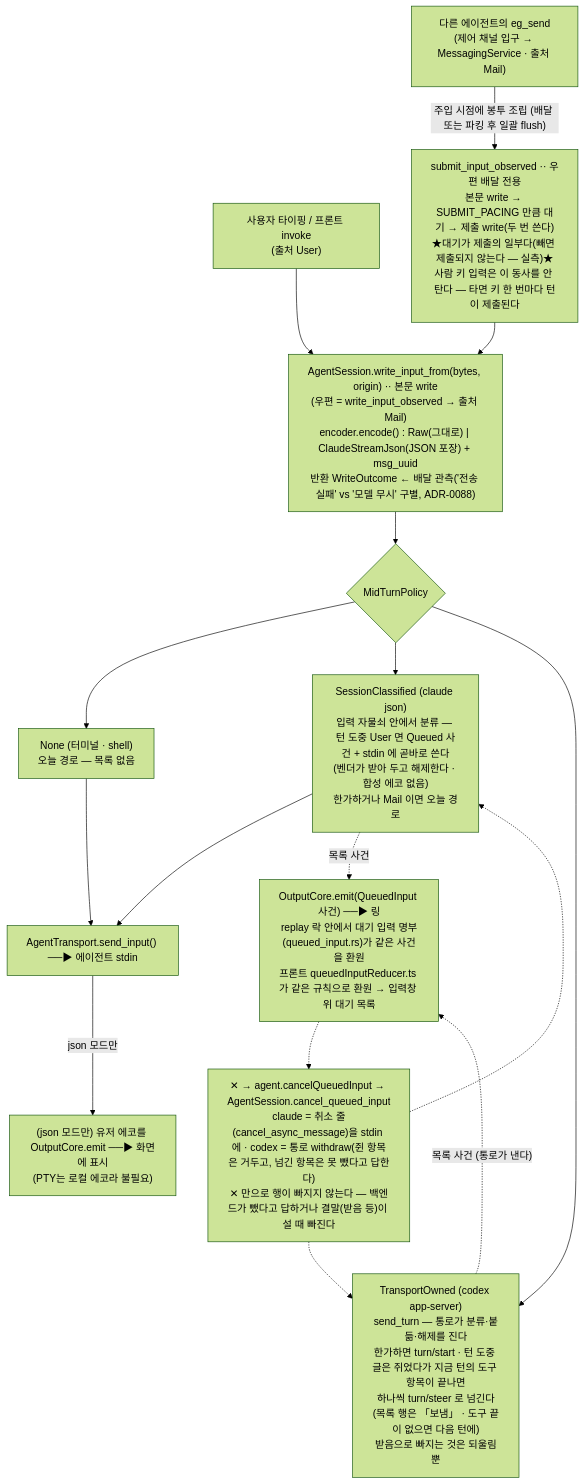
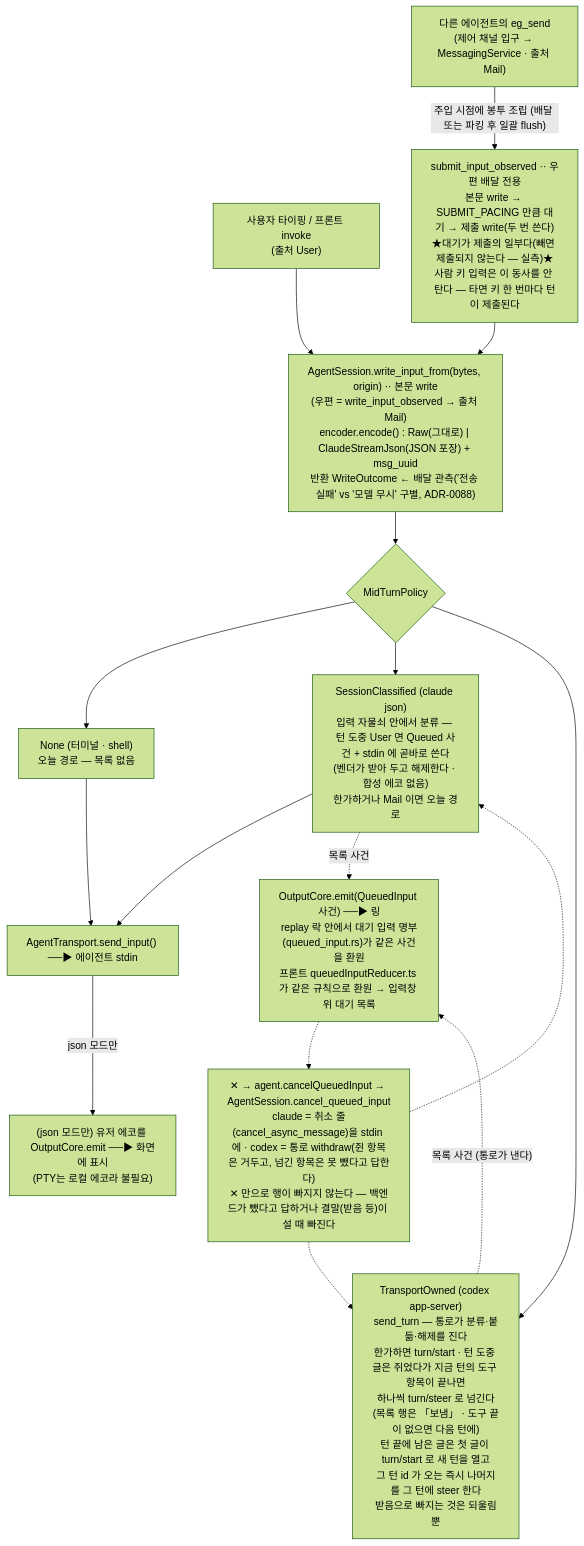
Before and after one commit to kimsunzun/engram-dashboard: the sixth of 20 diagrams in docs/reference/architecture-overview.md, drawn with Mermaid (forest theme). The commit also changed other lines of this file and 10 other files, not shown here.

````diff
--- a/docs/reference/architecture-overview.md
+++ b/docs/reference/architecture-overview.md
@@ -263,30 +263,30 @@
 ```mermaid
 flowchart TD
   IN1["사용자 타이핑 / 프론트 invoke<br/>(출처 User)"]
   IN2["다른 에이전트의 eg_send<br/>(제어 채널 입구 → MessagingService · 출처 Mail)"]
   WI["AgentSession.write_input_from(bytes, origin) ·· 본문 write<br/>(우편 = write_input_observed → 출처 Mail)<br/>encoder.encode() : Raw(그대로) | ClaudeStreamJson(JSON 포장) + msg_uuid<br/>반환 WriteOutcome ← 배달 관측('전송 실패' vs '모델 무시' 구별, ADR-0088)"]
   SUBMIT["submit_input_observed ·· 우편 배달 전용<br/>본문 write → SUBMIT_PACING 만큼 대기 → 제출 write(두 번 쓴다)<br/>★대기가 제출의 일부다(빼면 제출되지 않는다 — 실측)★<br/>사람 키 입력은 이 동사를 안 탄다 — 타면 키 한 번마다 턴이 제출된다"]
   POL{"MidTurnPolicy"}
   NONE["None (터미널 · shell)<br/>오늘 경로 — 목록 없음"]
   SC["SessionClassified (claude json)<br/>입력 자물쇠 안에서 분류 — 턴 도중 User 면 Queued 사건 + stdin 에 곧바로 쓴다<br/>(벤더가 받아 두고 해제한다 · 합성 에코 없음)<br/>한가하거나 Mail 이면 오늘 경로"]
-  TO["TransportOwned (codex app-server)<br/>send_turn — 통로가 분류·붙듦·해제를 진다<br/>한가하면 turn/start · 턴 도중 글은 쥐었다가 지금 턴의 도구 항목이 끝나면<br/>하나씩 turn/steer 로 넘긴다(목록 행은 「보냄」 · 도구 끝이 없으면 다음 턴에)<br/>받음으로 빠지는 것은 되울림뿐"]
+  TO["TransportOwned (codex app-server)<br/>send_turn — 통로가 분류·붙듦·해제를 진다<br/>한가하면 turn/start · 턴 도중 글은 쥐었다가 지금 턴의 도구 항목이 끝나면<br/>하나씩 turn/steer 로 넘긴다(목록 행은 「보냄」 · 도구 끝이 없으면 다음 턴에)<br/>턴 끝에 남은 글은 첫 글이 turn/start 로 새 턴을 열고<br/>그 턴 id 가 오는 즉시 나머지를 그 턴에 steer 한다<br/>받음으로 빠지는 것은 되울림뿐"]
   SI["AgentTransport.send_input() ──▶ 에이전트 stdin"]
   ECHO["(json 모드만) 유저 에코를 OutputCore.emit ──▶ 화면에 표시<br/>(PTY는 로컬 에코라 불필요)"]
   RING["OutputCore.emit(QueuedInput 사건) ──▶ 링<br/>replay 락 안에서 대기 입력 명부(queued_input.rs)가 같은 사건을 환원<br/>프론트 queuedInputReducer.ts 가 같은 규칙으로 환원 → 입력창 위 대기 목록"]
   X["✕ → agent.cancelQueuedInput → AgentSession.cancel_queued_input<br/>claude = 취소 줄(cancel_async_message)을 stdin 에 · codex = 통로 withdraw(쥔 항목은 거두고, 넘긴 항목은 못 뺐다고 답한다)<br/>✕ 만으로 행이 빠지지 않는다 — 백엔드가 뺐다고 답하거나 결말(받음 등)이 설 때 빠진다"]
 
   IN1 --> WI
   IN2 -->|"주입 시점에 봉투 조립 (배달 또는 파킹 후 일괄 flush)"| SUBMIT
   SUBMIT --> WI
   WI --> POL
   POL --> NONE --> SI
   POL --> SC
   SC --> SI
   SC -.->|"목록 사건"| RING
   POL --> TO
   TO -.->|"목록 사건 (통로가 낸다)"| RING
   SI -->|"json 모드만"| ECHO
   RING -.-> X
   X -.-> SC
   X -.-> TO
 ```
````
